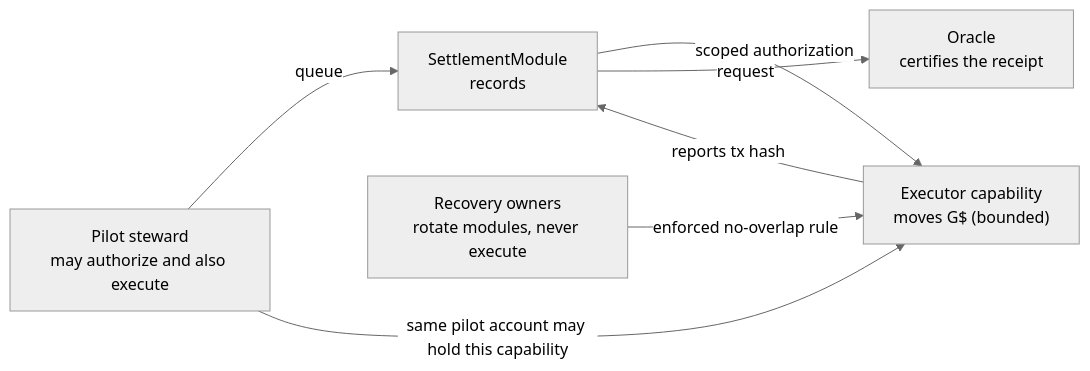
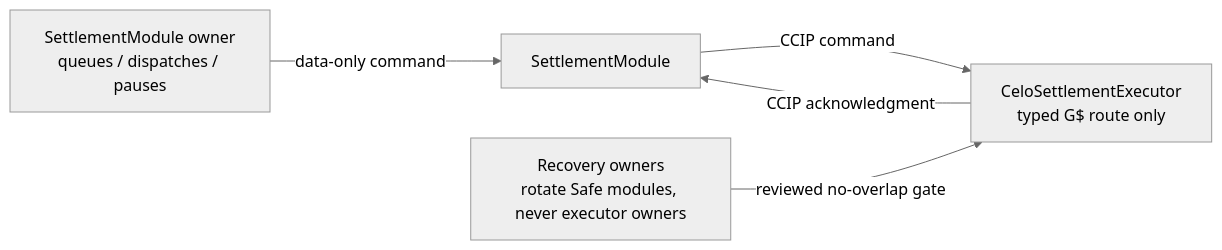
Diagram 19 of 20 in .plans/active/commitment-pooling/diagrams.md (greenpill-dev-guild/green-goods), drawn with Mermaid (neutral theme) before and after one commit. The commit also changed other lines of this file and 44 other files, not shown here.

Commit message:
docs(contracts): freeze CCIP settlement architecture

````diff
--- a/.plans/active/commitment-pooling/diagrams.md
+++ b/.plans/active/commitment-pooling/diagrams.md
@@ -1017,9 +975,7 @@
 ```mermaid
 flowchart LR
-  STW["Pilot steward<br/>may authorize and also execute"] -->|"queue"| SM["SettlementModule<br/>records"]
-  SM -->|"scoped authorization"| EX["Executor capability<br/>moves G$ (bounded)"]
-  STW -->|"same pilot account may hold this capability"| EX
-  EX -->|"reports tx hash"| SM
-  SM -->|"request"| OR["Oracle<br/>certifies the receipt"]
-  RO["Recovery owners<br/>rotate modules, never execute"] -->|"enforced no-overlap rule"| EX
+  OWN["SettlementModule owner<br/>queues / dispatches / pauses"] -->|"data-only command"| SM["SettlementModule"]
+  SM -->|"CCIP command"| EX["CeloSettlementExecutor<br/>typed G$ route only"]
+  EX -->|"CCIP acknowledgment"| SM
+  RO["Recovery owners<br/>rotate Safe modules, never executor owners"] -->|"reviewed no-overlap gate"| EX
 ```
````
